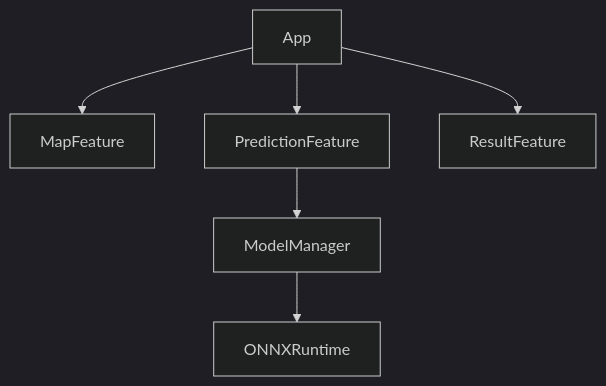
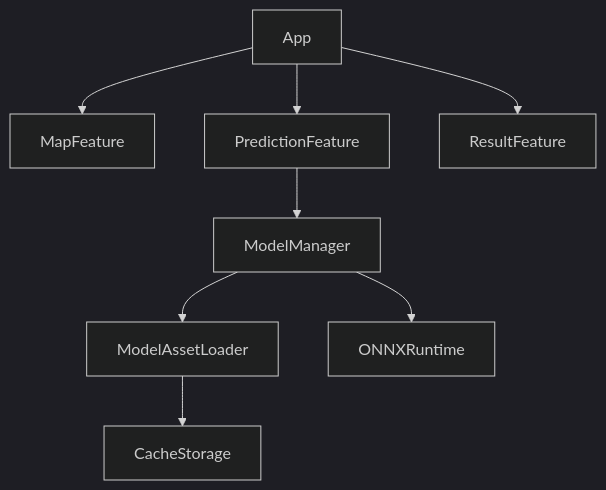
One commit to kazuki-shimi620/map-lgb-fond changed the sixth of 8 diagrams in docs/architecture.md. Above: the diagram before and after it, drawn with Mermaid (dark theme). The commit also changed other lines of this file and 11 other files, not shown here.

````diff
--- a/docs/architecture.md
+++ b/docs/architecture.md
@@ -312,20 +312,26 @@
 ```mermaid
 flowchart TD
 
     App
 
     App
         --> MapFeature
 
     App
         --> PredictionFeature
 
     App
         --> ResultFeature
 
     PredictionFeature
         --> ModelManager
 
     ModelManager
+        --> ModelAssetLoader
+
+    ModelAssetLoader
+        --> CacheStorage
+
+    ModelManager
         --> ONNXRuntime
 ```
````
